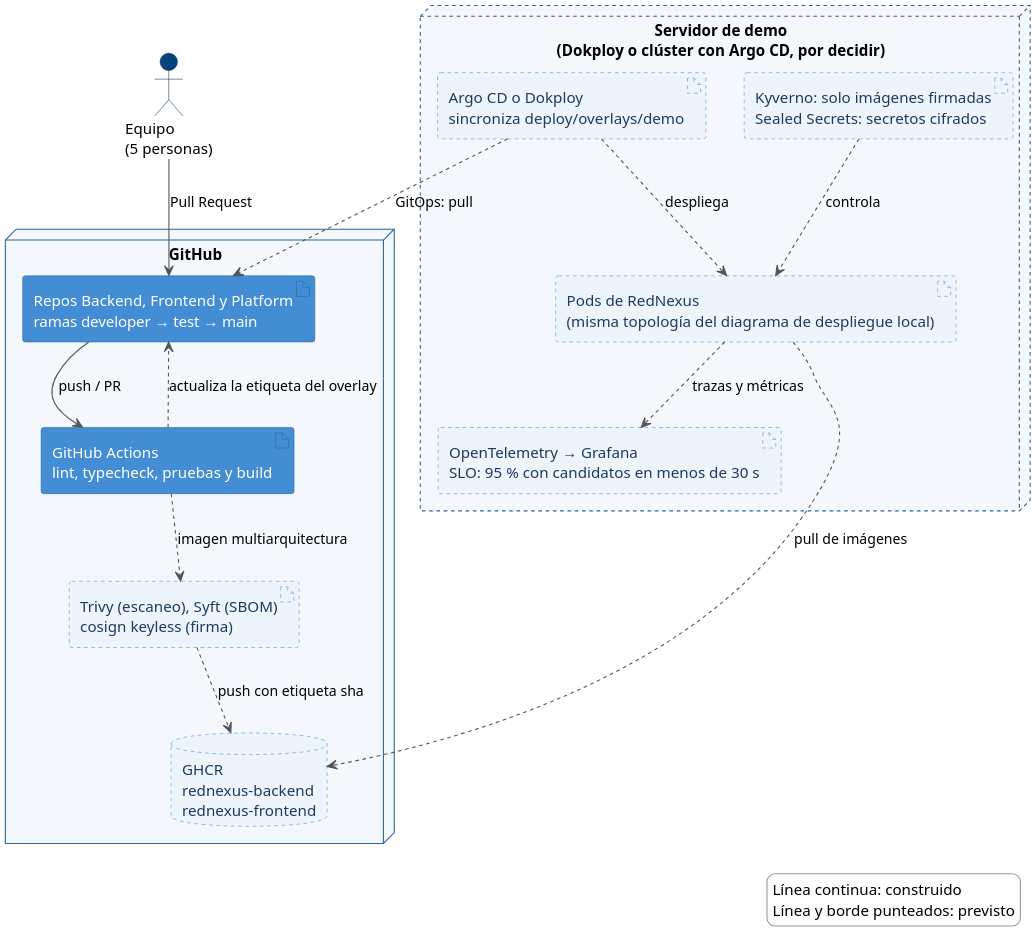
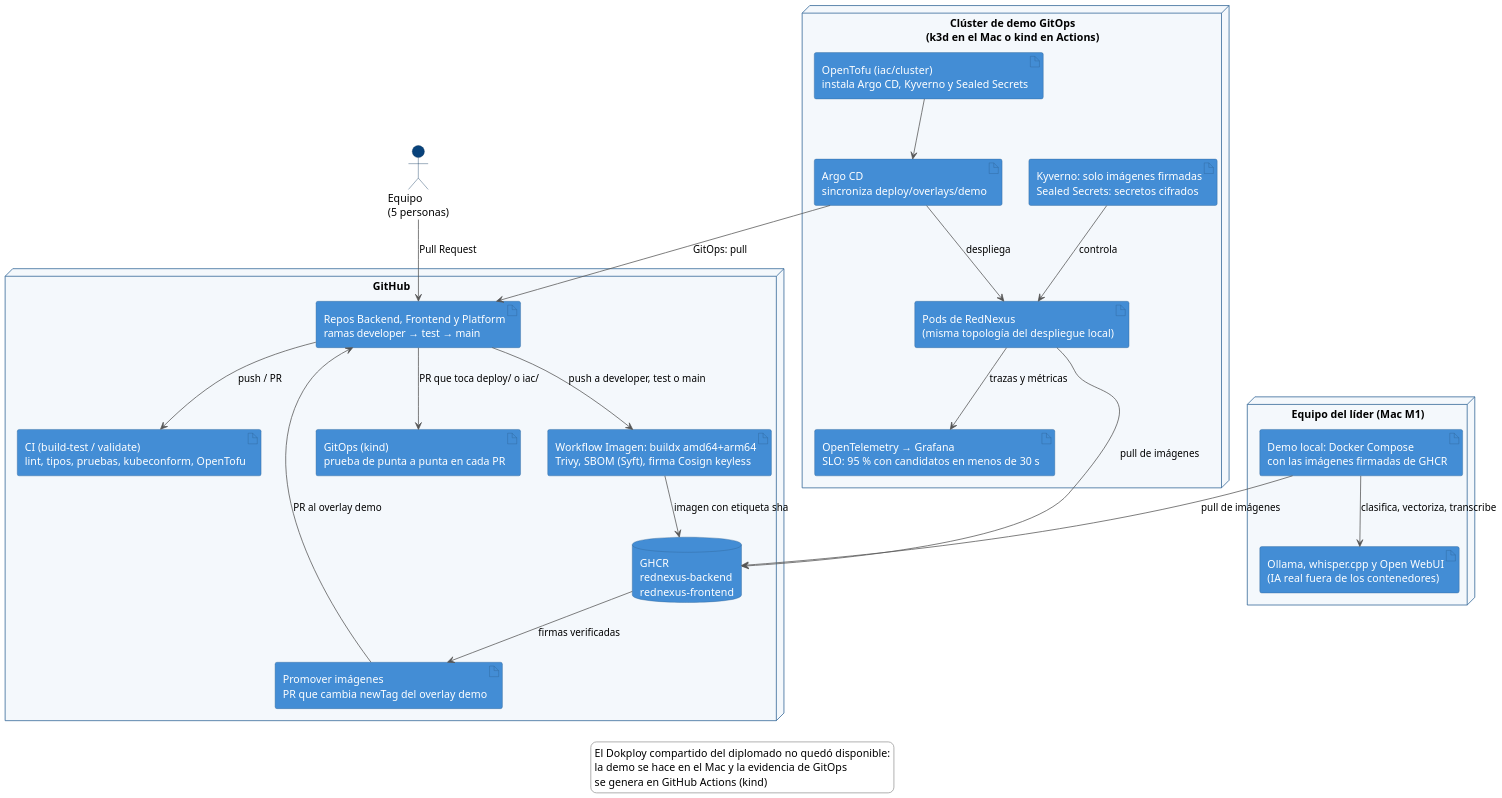
Before and after one commit to juanjosegl/RedNexus-Platform: the diagram in docs/arquitectura/diagramas/05-despliegue-demo-cicd.puml, drawn with PlantUML. The commit also changed 79 other files, not shown here.

```diff
--- a/docs/arquitectura/diagramas/05-despliegue-demo-cicd.puml
+++ b/docs/arquitectura/diagramas/05-despliegue-demo-cicd.puml
@@ -1,70 +1,74 @@
 @startuml 05-despliegue-demo-cicd
-' Vista física (4+1) del ambiente de demo y del flujo de CI/CD (previsto: PL-01 a PL-07)
-skinparam dpi 200
+' Vista física (4+1) de la entrega continua y de los ambientes de demo (PL-01 a PL-09)
+skinparam dpi 140
 skinparam defaultFontName "Helvetica"
 skinparam shadowing false
 skinparam LegendBackgroundColor #ffffff
 skinparam LegendBorderColor #999999
 skinparam ArrowColor #555555
 skinparam actor {
   BackgroundColor #08427b
   BorderColor #052e56
 }
 skinparam node {
   BackgroundColor #f4f8fc
   BorderColor #2e6295
 }
 skinparam artifact {
   BackgroundColor #438dd5
   FontColor white
   BorderColor #2e6295
 }
-skinparam artifact<<previsto>> {
-  BackgroundColor #eef4fb
-  FontColor #1d3b5c
-  BorderColor #438dd5
-  BorderStyle dashed
-}
-skinparam database<<previsto>> {
-  BackgroundColor #eef4fb
-  FontColor #1d3b5c
-  BorderColor #438dd5
-  BorderStyle dashed
-}
-skinparam node<<previsto>> {
-  BorderStyle dashed
+skinparam database {
+  BackgroundColor #438dd5
+  FontColor white
+  BorderColor #2e6295
 }
 hide stereotype
 
 actor "Equipo\n(5 personas)" as devs
 
 node "GitHub" as gh {
   artifact "Repos Backend, Frontend y Platform\nramas developer → test → main" as repos
-  artifact "GitHub Actions\nlint, typecheck, pruebas y build" as ci
-  artifact "Trivy (escaneo), Syft (SBOM)\ncosign keyless (firma)" <<previsto>> as sec
-  database "GHCR\nrednexus-backend\nrednexus-frontend" <<previsto>> as ghcr
+  artifact "CI (build-test / validate)\nlint, tipos, pruebas, kubeconform, OpenTofu" as ci
+  artifact "Workflow Imagen: buildx amd64+arm64\nTrivy, SBOM (Syft), firma Cosign keyless" as sec
+  database "GHCR\nrednexus-backend\nrednexus-frontend" as ghcr
+  artifact "Promover imágenes\nPR que cambia newTag del overlay demo" as prom
+  artifact "GitOps (kind)\nprueba de punta a punta en cada PR" as e2e
 }
 
-node "Servidor de demo\n(Dokploy o clúster con Argo CD, por decidir)" <<previsto>> as demo {
-  artifact "Argo CD o Dokploy\nsincroniza deploy/overlays/demo" <<previsto>> as cd
-  artifact "Kyverno: solo imágenes firmadas\nSealed Secrets: secretos cifrados" <<previsto>> as pol
-  artifact "Pods de RedNexus\n(misma topología del diagrama de despliegue local)" <<previsto>> as app
-  artifact "OpenTelemetry → Grafana\nSLO: 95 % con candidatos en menos de 30 s" <<previsto>> as obs
+node "Clúster de demo GitOps\n(k3d en el Mac o kind en Actions)" as demo {
+  artifact "OpenTofu (iac/cluster)\ninstala Argo CD, Kyverno y Sealed Secrets" as tofu
+  artifact "Argo CD\nsincroniza deploy/overlays/demo" as cd
+  artifact "Kyverno: solo imágenes firmadas\nSealed Secrets: secretos cifrados" as pol
+  artifact "Pods de RedNexus\n(misma topología del despliegue local)" as app
+  artifact "OpenTelemetry → Grafana\nSLO: 95 % con candidatos en menos de 30 s" as obs
+}
+
+node "Equipo del líder (Mac M1)" as mac {
+  artifact "Demo local: Docker Compose\ncon las imágenes firmadas de GHCR" as local
+  artifact "Ollama, whisper.cpp y Open WebUI\n(IA real fuera de los contenedores)" as ia
 }
 
 devs --> repos : Pull Request
 repos --> ci : push / PR
-ci ..> sec : imagen multiarquitectura
-sec ..> ghcr : push con etiqueta sha
-ci ..> repos : actualiza la etiqueta del overlay
-cd ..> repos : GitOps: pull
-app ..> ghcr : pull de imágenes
-cd ..> app : despliega
-pol ..> app : controla
-app ..> obs : trazas y métricas
+repos --> sec : push a developer, test o main
+sec --> ghcr : imagen con etiqueta sha
+ghcr --> prom : firmas verificadas
+prom --> repos : PR al overlay demo
+repos --> e2e : PR que toca deploy/ o iac/
+tofu --> cd
+cd --> repos : GitOps: pull
+cd --> app : despliega
+pol --> app : controla
+app --> ghcr : pull de imágenes
+app --> obs : trazas y métricas
+local --> ghcr : pull de imágenes
+local --> ia : clasifica, vectoriza, transcribe
 
-legend right
-  Línea continua: construido
-  Línea y borde punteados: previsto
+legend bottom
+  El Dokploy compartido del diplomado no quedó disponible:
+  la demo se hace en el Mac y la evidencia de GitOps
+  se genera en GitHub Actions (kind)
 endlegend
 @enduml
```
